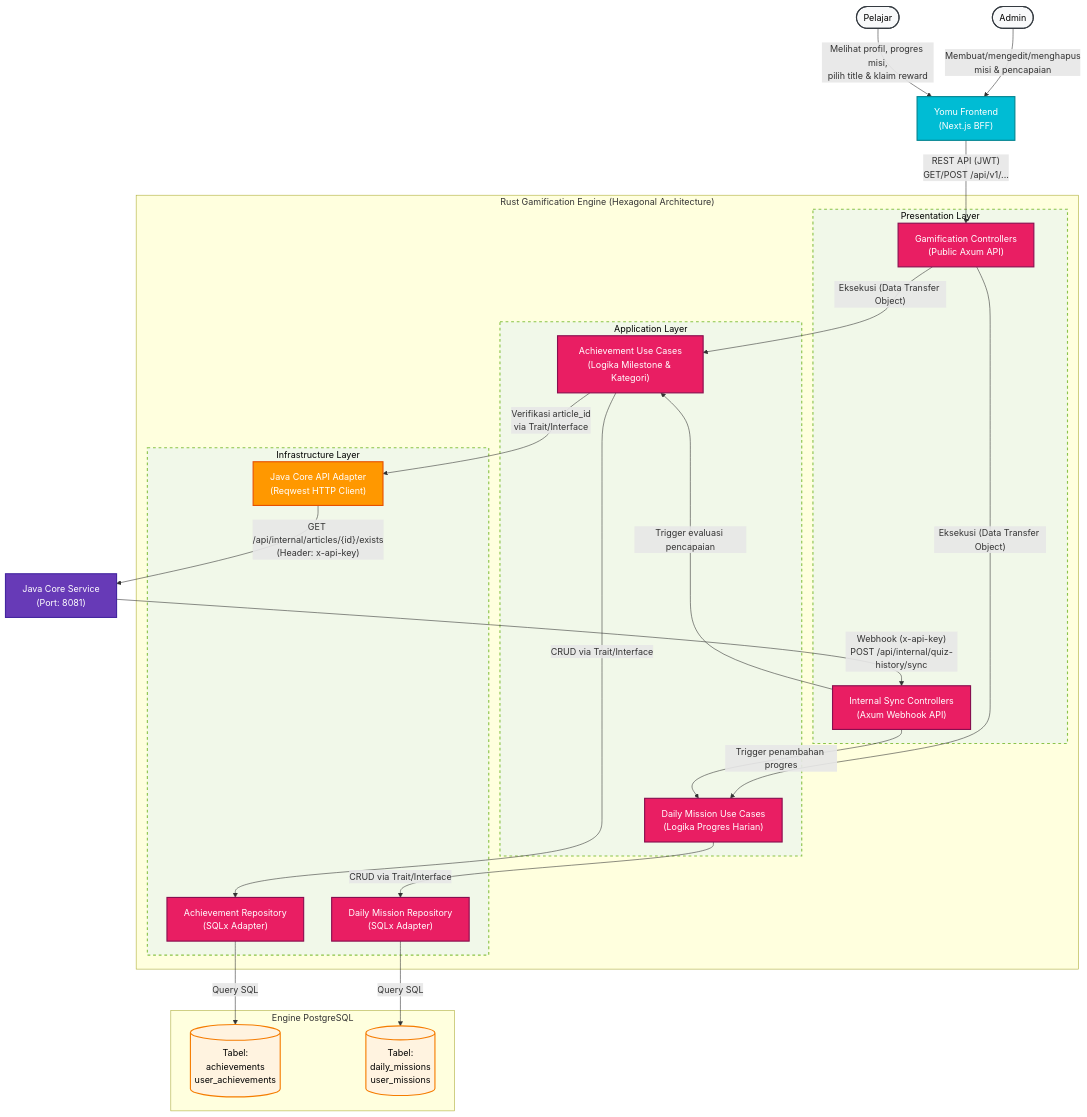
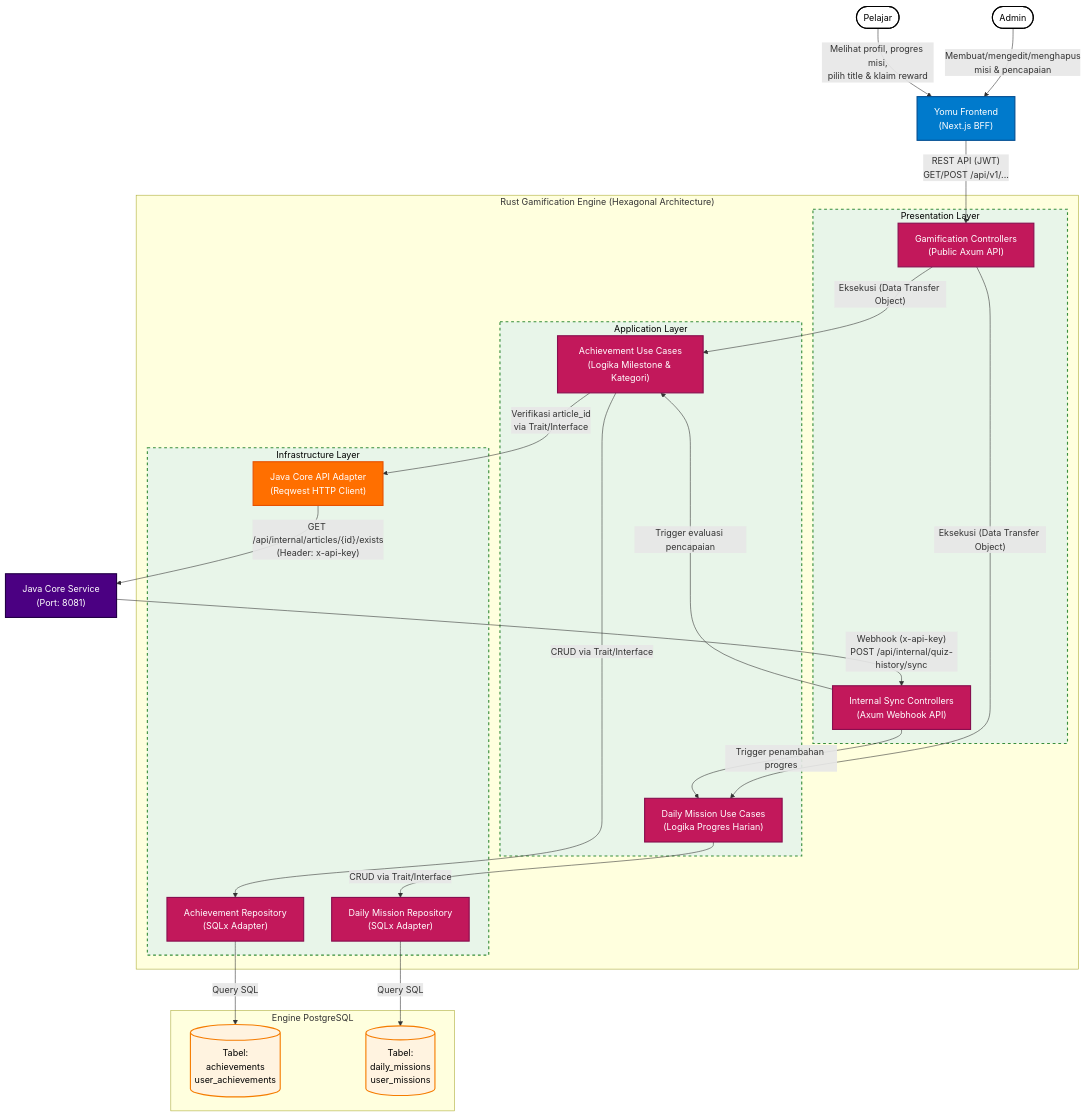
One commit to advprog-2026-A14-project/yomu-docs changed the tenth of 10 diagrams in README.md. Above: the diagram before and after it, drawn with Mermaid.

Commit message:
4. Individual container diagram and code diagram of the group Yomu backend achievement module

````diff
--- a/README.md
+++ b/README.md
@@ -781,75 +781,75 @@
 ```mermaid  
   flowchart TD
-    %% Definisi Aktor & Sistem Eksternal
-    Pelajar(["Pelajar"])
-    Admin(["Admin"])
-    JavaCore["Java Core Service<br/>(Port: 8081)"]
-    FE["Yomu Frontend<br/>(Next.js BFF)"]
+  %% Definisi Aktor & Sistem Eksternal
+  Pelajar(["Pelajar"])
+  Admin(["Admin"])
+  JavaCore["Java Core Service<br/>(Port: 8081)"]
+  FE["Yomu Frontend<br/>(Next.js BFF)"]
 
-    %% Relasi Aktor ke Frontend
-    Pelajar -->|"Melihat profil, progres misi,<br/>pilih title & klaim reward"| FE
-    Admin -->|"Membuat/mengedit/menghapus<br/>misi & pencapaian"| FE
+  %% Relasi Aktor ke Frontend
+  Pelajar -->|"Melihat profil, progres misi,<br/>pilih title & klaim reward"| FE
+  Admin -->|"Membuat/mengedit/menghapus<br/>misi & pencapaian"| FE
 
-    %% Input dari luar ke Rust Engine
-    FE -->|"REST API (JWT)<br/>GET/POST /api/v1/..."| GamaController
-    JavaCore -->|"Webhook (x-api-key)<br/>POST /api/internal/quiz-history/sync"| SyncController
+  %% Input dari luar ke Rust Engine
+  FE -->|"REST API (JWT)<br/>GET/POST /api/v1/..."| GamaController
+  JavaCore -->|"Webhook (x-api-key)<br/>POST /api/internal/quiz-history/sync"| SyncController
 
-    %% Batasan Container Rust Engine
-    subgraph Rust_Engine ["Rust Gamification Engine (Hexagonal Architecture)"]
+  %% Batasan Container Rust Engine
+  subgraph Rust_Engine ["Rust Gamification Engine (Hexagonal Architecture)"]
 
-        subgraph Presentation ["Presentation Layer"]
-            GamaController["Gamification Controllers<br/>(Public Axum API)"]
-            SyncController["Internal Sync Controllers<br/>(Axum Webhook API)"]
-        end
+      subgraph Presentation ["Presentation Layer"]
+          GamaController["Gamification Controllers<br/>(Public Axum API)"]
+          SyncController["Internal Sync Controllers<br/>(Axum Webhook API)"]
+      end
 
-        subgraph Application ["Application Layer"]
-            AchieveUC["Achievement Use Cases<br/>(Logika Milestone & Kategori)"]
-            MissionUC["Daily Mission Use Cases<br/>(Logika Progres Harian)"]
-        end
+      subgraph Application ["Application Layer"]
+          AchieveUC["Achievement Use Cases<br/>(Logika Milestone & Kategori)"]
+          MissionUC["Daily Mission Use Cases<br/>(Logika Progres Harian)"]
+      end
 
-        subgraph Infrastructure ["Infrastructure Layer"]
-            AchieveRepo["Achievement Repository<br/>(SQLx Adapter)"]
-            MissionRepo["Daily Mission Repository<br/>(SQLx Adapter)"]
-            JavaClient["Java Core API Adapter<br/>(Reqwest HTTP Client)"]
-        end
-    end
+      subgraph Infrastructure ["Infrastructure Layer"]
+          AchieveRepo["Achievement Repository<br/>(SQLx Adapter)"]
+          MissionRepo["Daily Mission Repository<br/>(SQLx Adapter)"]
+          JavaClient["Java Core API Adapter<br/>(Reqwest HTTP Client)"]
+      end
+  end
 
-    %% Database
-    subgraph Engine_DB ["Engine PostgreSQL"]
-        DB_Achieve[("Tabel:<br/>achievements<br/>user_achievements")]
-        DB_Mission[("Tabel:<br/>daily_missions<br/>user_missions")]
-    end
+  %% Database
+  subgraph Engine_DB ["Engine PostgreSQL"]
+      DB_Achieve[("Tabel:<br/>achievements<br/>user_achievements")]
+      DB_Mission[("Tabel:<br/>daily_missions<br/>user_missions")]
+  end
 
-    %% Alur Data Presentation -> Application
-    GamaController -->|"Eksekusi (Data Transfer Object)"| AchieveUC
-    GamaController -->|"Eksekusi (Data Transfer Object)"| MissionUC
-    SyncController -->|"Trigger evaluasi pencapaian"| AchieveUC
-    SyncController -->|"Trigger penambahan progres"| MissionUC
+  %% Alur Data Presentation -> Application
+  GamaController -->|"Eksekusi (Data Transfer Object)"| AchieveUC
+  GamaController -->|"Eksekusi (Data Transfer Object)"| MissionUC
+  SyncController -->|"Trigger evaluasi pencapaian"| AchieveUC
+  SyncController -->|"Trigger penambahan progres"| MissionUC
 
-    %% Alur Validasi Eksternal (Synchronous Pull)
-    AchieveUC -->|"Verifikasi article_id<br/>via Trait/Interface"| JavaClient
-    JavaClient -->|"GET /api/internal/articles/{id}/exists<br/>(Header: x-api-key)"| JavaCore
+  %% Alur Validasi Eksternal (Synchronous Pull)
+  AchieveUC -->|"Verifikasi article_id<br/>via Trait/Interface"| JavaClient
+  JavaClient -->|"GET /api/internal/articles/{id}/exists<br/>(Header: x-api-key)"| JavaCore
 
-    %% Alur Persistensi
-    AchieveUC -->|"CRUD via Trait/Interface"| AchieveRepo
-    MissionUC -->|"CRUD via Trait/Interface"| MissionRepo
-    AchieveRepo -->|"Query SQL"| DB_Achieve
-    MissionRepo -->|"Query SQL"| DB_Mission
+  %% Alur Persistensi
+  AchieveUC -->|"CRUD via Trait/Interface"| AchieveRepo
+  MissionUC -->|"CRUD via Trait/Interface"| MissionRepo
+  AchieveRepo -->|"Query SQL"| DB_Achieve
+  MissionRepo -->|"Query SQL"| DB_Mission
 
-    %% Styling
-    classDef actor fill:#f8f9fa,stroke:#343a40,stroke-width:2px,color:#000;
-    classDef frontend fill:#00bcd4,stroke:#00838f,stroke-width:2px,color:#fff;
-    classDef java fill:#673ab7,stroke:#4527a0,stroke-width:2px,color:#fff;
-    classDef layer fill:#f1f8e9,stroke:#8bc34a,stroke-width:2px,color:#000,stroke-dasharray: 5 5;
-    classDef component fill:#e91e63,stroke:#880e4f,stroke-width:2px,color:#fff;
-    classDef adapter fill:#ff9800,stroke:#e65100,stroke-width:2px,color:#fff;
-    classDef database fill:#fff3e0,stroke:#f57c00,stroke-width:2px,color:#000;
+  %% Styling dengan kontras tinggi
+  classDef actor fill:#ffffff,stroke:#000000,stroke-width:2px,color:#000000;
+  classDef frontend fill:#007acc,stroke:#004c91,stroke-width:2px,color:#ffffff;
+  classDef java fill:#4b0082,stroke:#230046,stroke-width:2px,color:#ffffff;
+  classDef layer fill:#e8f5e9,stroke:#388e3c,stroke-width:2px,color:#000000,stroke-dasharray: 5 5;
+  classDef component fill:#c2185b,stroke:#880e4f,stroke-width:2px,color:#ffffff;
+  classDef adapter fill:#ff6f00,stroke:#e65100,stroke-width:2px,color:#ffffff;
+  classDef database fill:#fff3e0,stroke:#f57c00,stroke-width:2px,color:#000000;
 
-    class Pelajar,Admin actor;
-    class FE frontend;
-    class JavaCore java;
-    class Presentation,Application,Infrastructure layer;
-    class GamaController,SyncController,AchieveUC,MissionUC,AchieveRepo,MissionRepo component;
-    class JavaClient adapter;
-    class DB_Achieve,DB_Mission database;  
+  class Pelajar,Admin actor;
+  class FE frontend;
+  class JavaCore java;
+  class Presentation,Application,Infrastructure layer;
+  class GamaController,SyncController,AchieveUC,MissionUC,AchieveRepo,MissionRepo component;
+  class JavaClient adapter;
+  class DB_Achieve,DB_Mission database;
 ```
````
